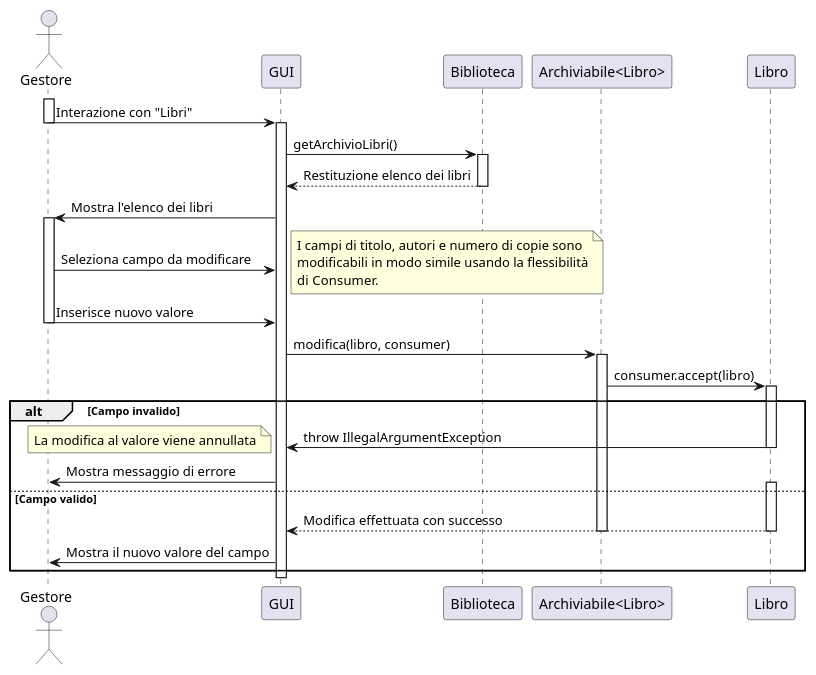
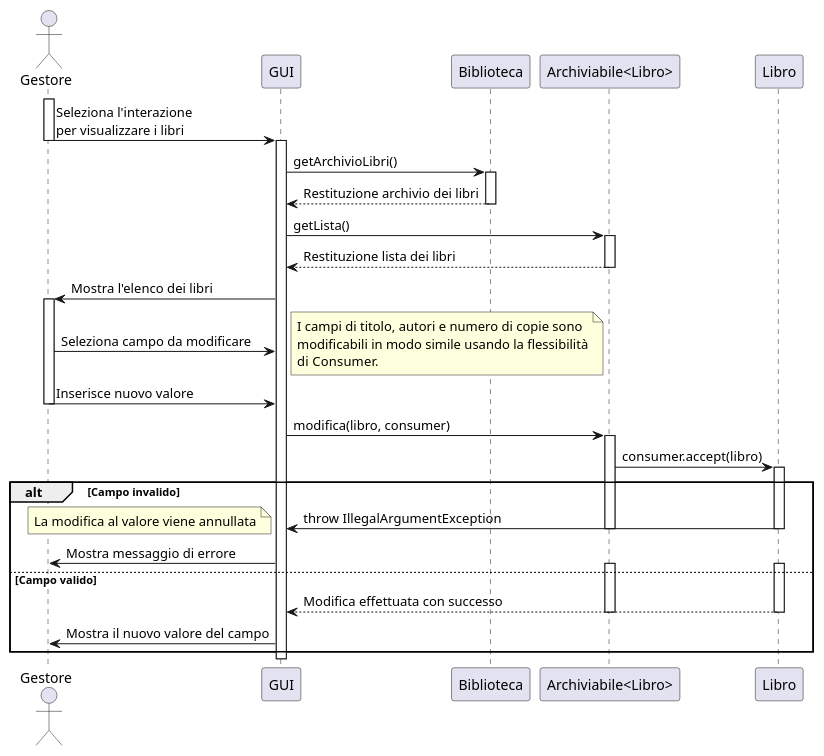
The diagram in docs/uml/DiagrammiSequenza/UMLModificaLibro.puml (Meziu/easylibrary), drawn with PlantUML before and after one commit. The commit also changed 5 other files, not shown here.

Commit message:
Migliorie ai diagrammi di sequenza

```diff
--- a/docs/uml/DiagrammiSequenza/UMLModificaLibro.puml
+++ b/docs/uml/DiagrammiSequenza/UMLModificaLibro.puml
@@ -1,55 +1,63 @@
 @startuml
 actor Gestore as G
 participant "GUI" as UI
 participant "Biblioteca" as B
 participant "Archiviabile<Libro>" as A
 participant "Libro" as L
 
 '  ---- Flusso principale -----
 activate G
-G -> UI : Interazione con "Libri"
+G -> UI : Seleziona l'interazione\nper visualizzare i libri
 deactivate G
 activate UI
 
 UI -> B : getArchivioLibri()
 activate B
-B --> UI : Restituzione elenco dei libri
+B --> UI : Restituzione archivio dei libri
 deactivate B
+
+UI -> A : getLista()
+activate A
+A --> UI : Restituzione lista dei libri
+deactivate A
+
 UI -> G : Mostra l'elenco dei libri
 activate G
 
 G -> UI : Seleziona campo da modificare
 
 note right
 I campi di titolo, autori e numero di copie sono
 modificabili in modo simile usando la flessibilità
 di Consumer.
 endnote
 
 G -> UI : Inserisce nuovo valore
 deactivate G
 UI -> A : modifica(libro, consumer)
 activate A
 
 A -> L : consumer.accept(libro)
 activate L
 
 alt Campo invalido
     L -> UI : throw IllegalArgumentException
     deactivate L
+    deactivate A
 
     note left
     La modifica al valore viene annullata
     endnote
 
     UI -> G : Mostra messaggio di errore
 else Campo valido
     activate L
+    activate A
     L --> UI : Modifica effettuata con successo
     deactivate L
     deactivate A
     UI -> G : Mostra il nuovo valore del campo
 end
 deactivate UI
 
 @enduml
```
